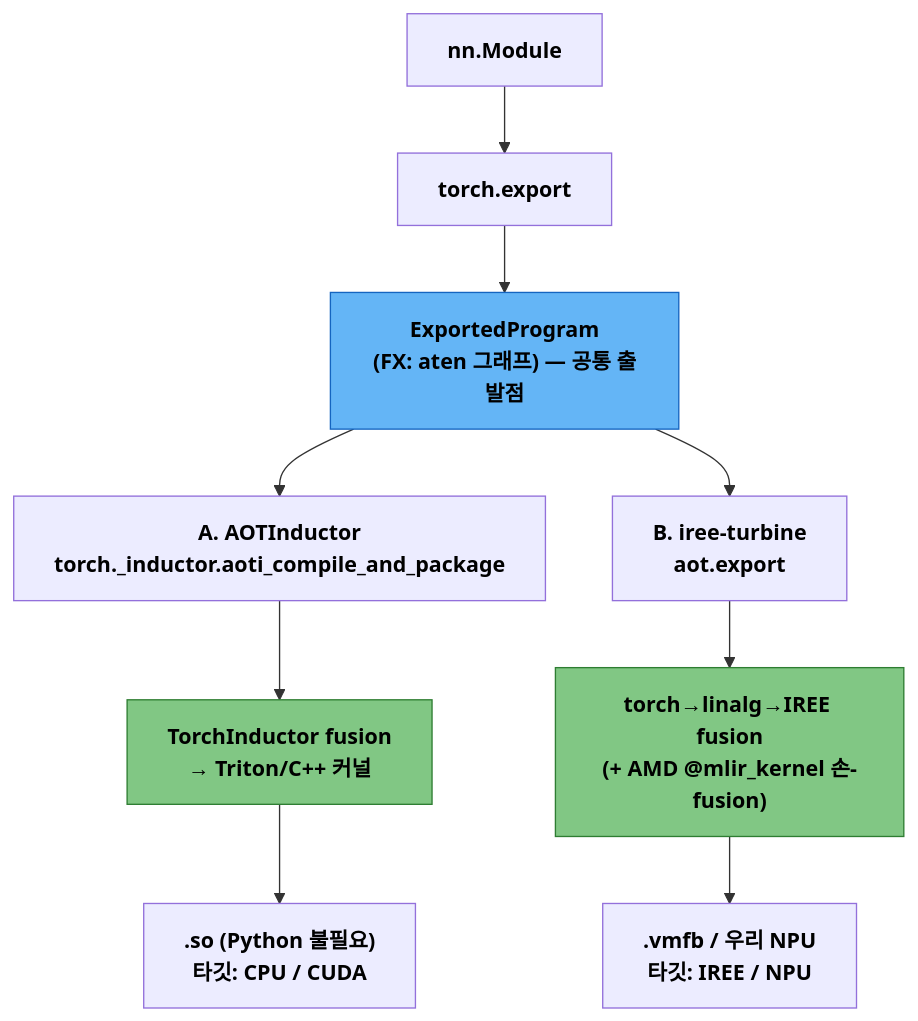
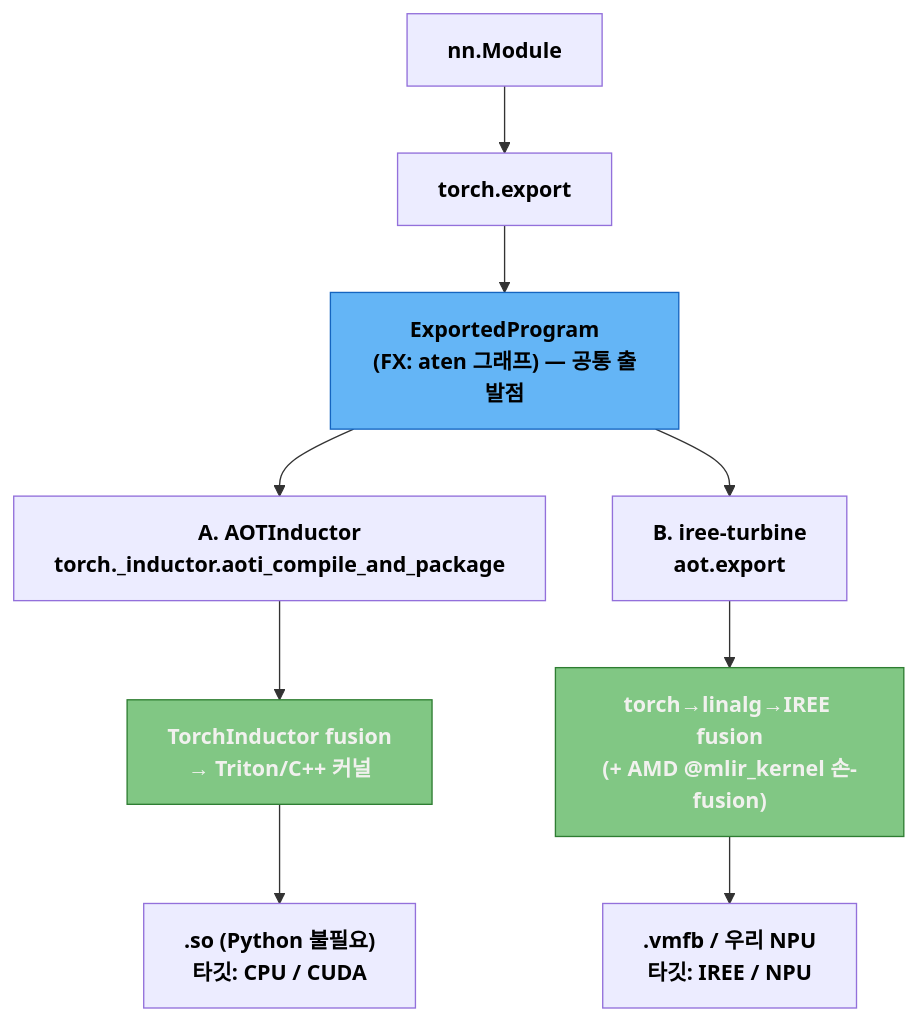
The third of 4 diagrams in docs/easy-series/easy8-detail.md (bhseo98/ssl-npu-harness-framework), drawn with Mermaid before and after one commit.

Commit message:
Update class definition color for fuse in diagram

````diff
--- a/docs/easy-series/easy8-detail.md
+++ b/docs/easy-series/easy8-detail.md
@@ -77,15 +77,15 @@
 ```mermaid
 flowchart TB
   M["nn.Module"] --> EX["torch.export"]
   EX --> EP["ExportedProgram<br/>(FX: aten 그래프) — 공통 출발점"]
   EP --> A1["A. AOTInductor<br/>torch._inductor.aoti_compile_and_package"]
   EP --> B1["B. iree-turbine<br/>aot.export"]
   A1 --> A2["TorchInductor fusion<br/>→ Triton/C++ 커널"]
   A2 --> A3[".so (Python 불필요)<br/>타깃: CPU / CUDA"]
   B1 --> B2["torch→linalg→IREE fusion<br/>(+ AMD @mlir_kernel 손-fusion)"]
   B2 --> B3[".vmfb / 우리 NPU<br/>타깃: IREE / NPU"]
-  classDef fuse fill:#81c784,stroke:#2e7d32,color:#000000,font-weight:bold;
+  classDef fuse fill:#81c784,stroke:#2e7d32,color:#F1F1EE,font-weight:bold;
   classDef root fill:#64b5f6,stroke:#1565c0,color:#000000,font-weight:bold;
   class A2,B2 fuse;
   class EP root;
 ```
````
